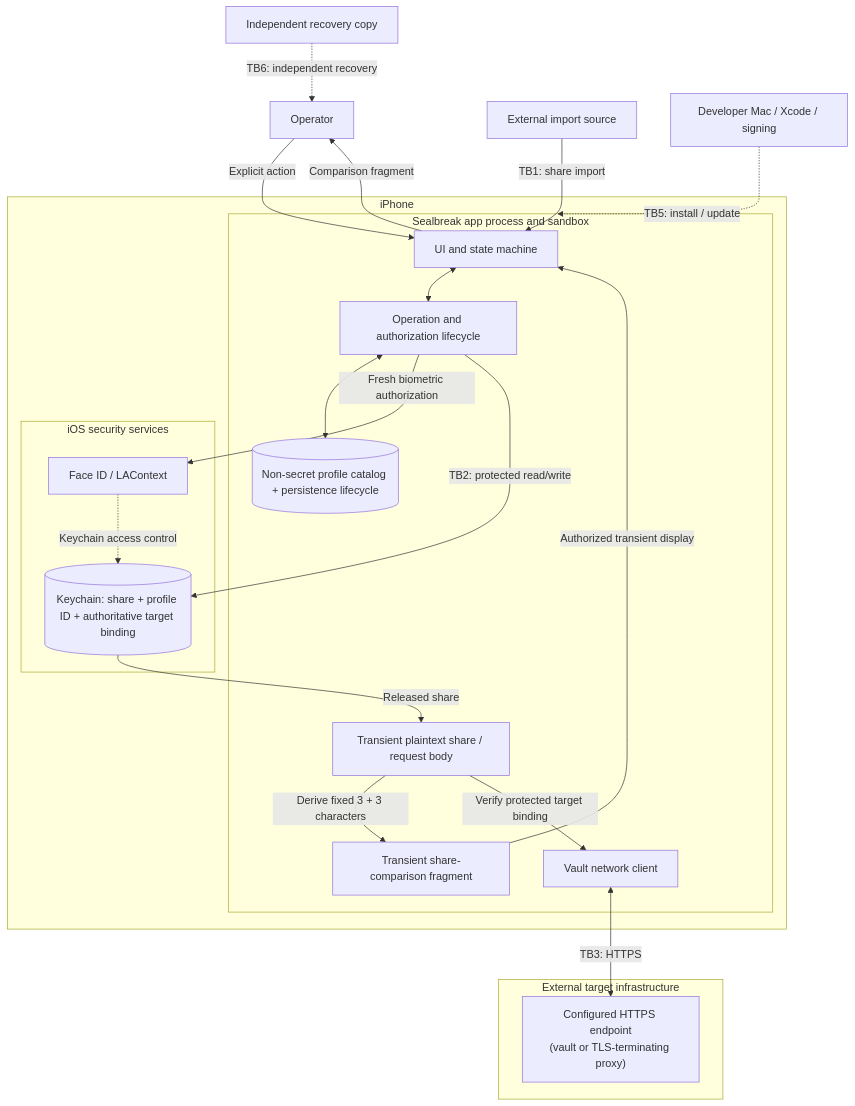
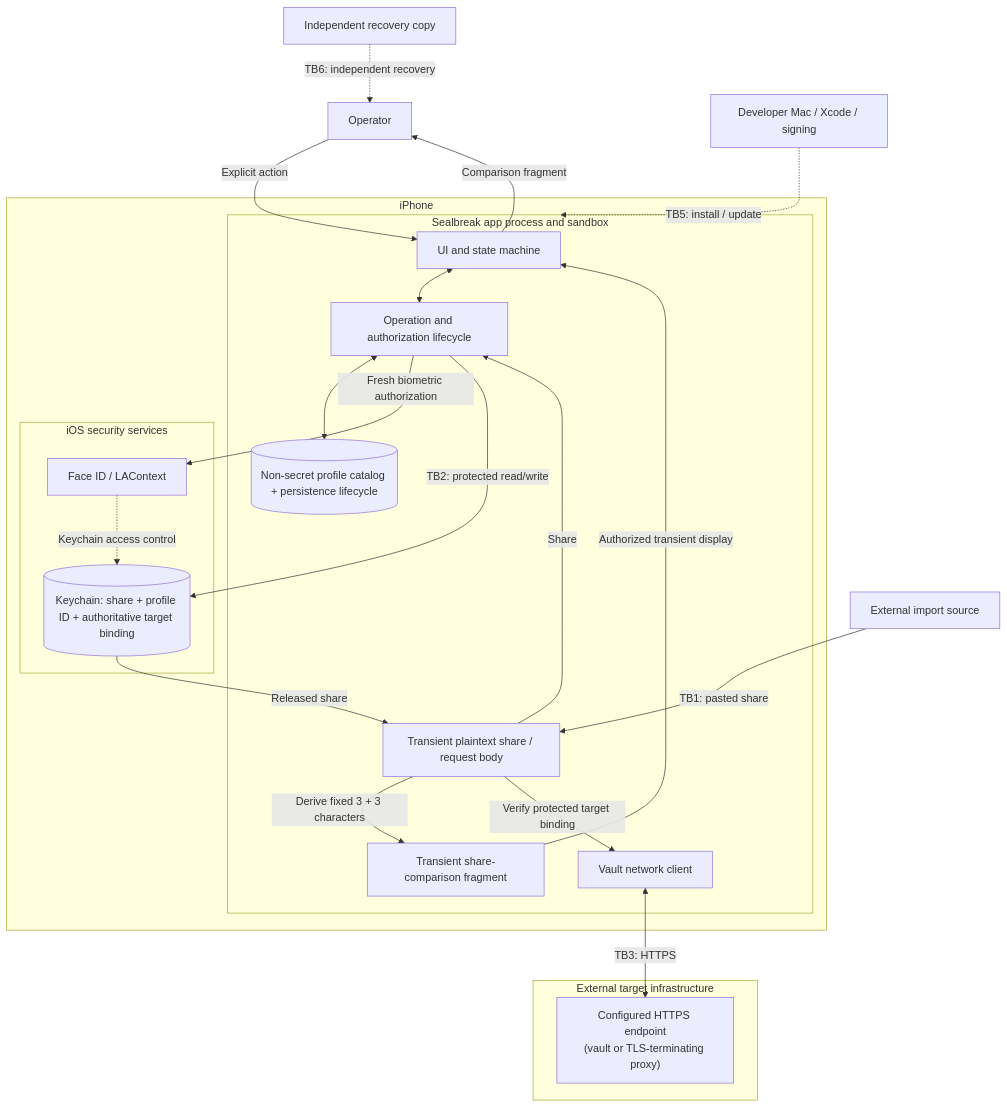
Before and after one commit to GeorgesAlkhouri/sealbreak: the first of 3 diagrams in THREAT_MODEL.md, drawn with Mermaid. The commit also changed other lines of this file and 13 other files, not shown here.

Commit message:
security: minimize plaintext share lifetime during import (#93)

````diff
--- a/THREAT_MODEL.md
+++ b/THREAT_MODEL.md
@@ -60,46 +60,47 @@
 ```mermaid
 flowchart TB
     OP["Operator"]
     IMPORT["External import source"]
     REC["Independent recovery copy"]
     BUILD["Developer Mac / Xcode / signing"]
 
     subgraph PHONE["iPhone"]
         subgraph APP["Sealbreak app process and sandbox"]
             UI["UI and state machine"]
             MODEL["Operation and authorization lifecycle"]
             DISPLAY[("Non-secret profile catalog + persistence lifecycle")]
             MEM["Transient plaintext share / request body"]
             FRAGMENT["Transient share-comparison fragment"]
             NET["Vault network client"]
         end
 
         subgraph IOS["iOS security services"]
             AUTH["Face ID / LAContext"]
             KC[("Keychain: share + profile ID + authoritative target binding")]
         end
     end
 
     subgraph TARGET["External target infrastructure"]
         ENDPOINT["Configured HTTPS endpoint<br/>(vault or TLS-terminating proxy)"]
     end
 
     OP -->|"Explicit action"| UI
-    IMPORT -->|"TB1: share import"| UI
+    IMPORT -->|"TB1: pasted share"| MEM
+    MEM -->|"Share"| MODEL
     BUILD -.->|"TB5: install / update"| APP
 
     UI <--> MODEL
     MODEL <--> DISPLAY
     MODEL -->|"Fresh biometric authorization"| AUTH
     AUTH -.->|"Keychain access control"| KC
     MODEL -->|"TB2: protected read/write"| KC
     KC -->|"Released share"| MEM
     MEM -->|"Derive fixed 3 + 3 characters"| FRAGMENT
     FRAGMENT -->|"Authorized transient display"| UI
     UI -->|"Comparison fragment"| OP
     MEM -->|"Verify protected target binding"| NET
 
     NET <-->|"TB3: HTTPS"| ENDPOINT
 
     REC -.->|"TB6: independent recovery"| OP
 ```
````
